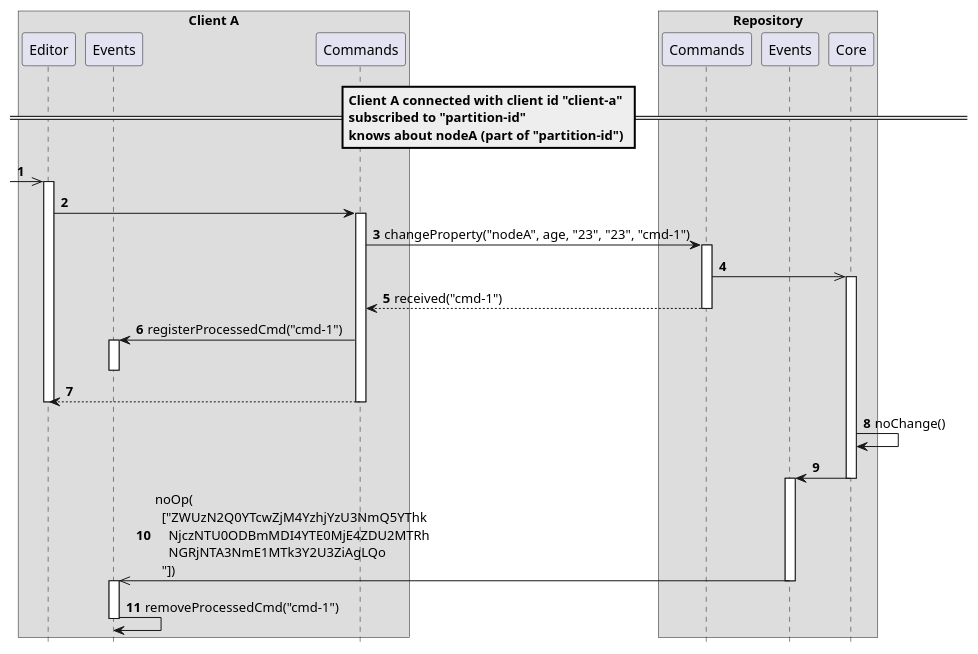
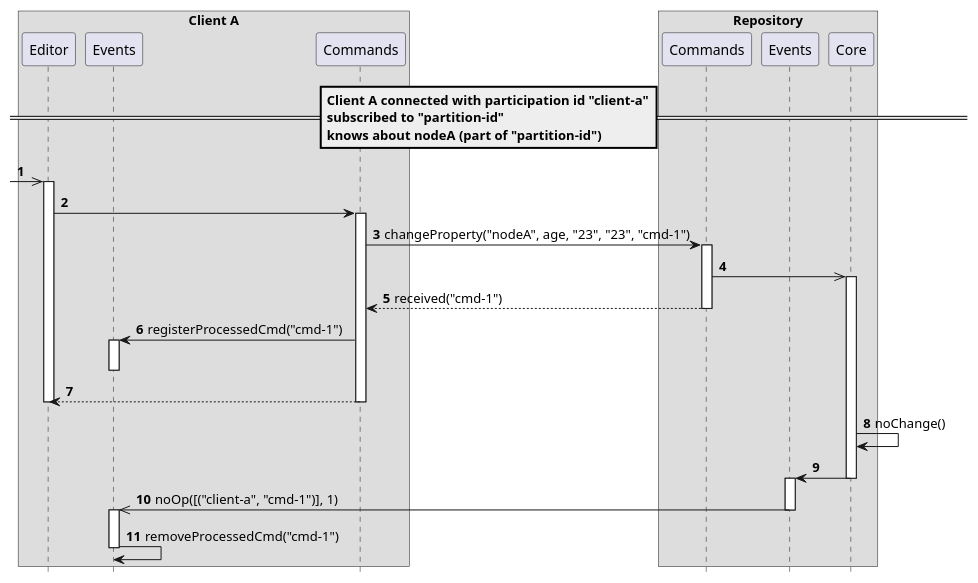
Before and after one commit to LionWeb-io/specification: the diagram in delta/scenarios/changeSameValueRemoteUpdate.adoc, drawn with PlantUML. The commit also changed other lines of this file and 20 other files, not shown here.

```diff
--- a/delta/scenarios/changeSameValueRemoteUpdate.adoc
+++ b/delta/scenarios/changeSameValueRemoteUpdate.adoc
@@ -2,46 +2,46 @@
 [plantuml,changeSameValueRemoteUpdate,svg]
 ----
 hide footbox
 autonumber
 
 box "Client A"
   participant Editor as editor
   participant Events as clientEvent
   participant Commands as clientCmd
 end box
 
 box "Repository"
   participant Commands as repoCmd
   participant Events as repoEvent
   participant Core as core
 end box
 
-== Client A connected with client id "client-a"\nsubscribed to "partition-id"\nknows about nodeA (part of "partition-id") ==
+== Client A connected with participation id "client-a"\nsubscribed to "partition-id"\nknows about nodeA (part of "partition-id") ==
 
 [->> editor ++
 editor -> clientCmd ++
 clientCmd -> repoCmd ++: changeProperty("nodeA", age, "23", "23", "cmd-1")
 repoCmd ->> core
 activate core
 clientCmd <-- repoCmd: received("cmd-1")
 deactivate repoCmd
 clientCmd -> clientEvent: registerProcessedCmd("cmd-1")
 activate clientEvent
 deactivate clientEvent
 editor <-- clientCmd
 deactivate clientCmd
 deactivate editor
 
 core -> core: noChange()
 
 core -> repoEvent
 deactivate core
 
 activate repoEvent
-clientEvent <<- repoEvent: noOp(\n  ["ZWUzN2Q0YTcwZjM4YzhjYzU3NmQ5YThk\n    NjczNTU0ODBmMDI4YTE0MjE4ZDU2MTRh\n    NGRjNTA3NmE1MTk3Y2U3ZiAgLQo\n  "])
+clientEvent <<- repoEvent: noOp([("client-a", "cmd-1")], 1)
 deactivate repoEvent
 
 activate clientEvent
 clientEvent -> clientEvent: removeProcessedCmd("cmd-1")
 deactivate clientEvent
 ----
```
